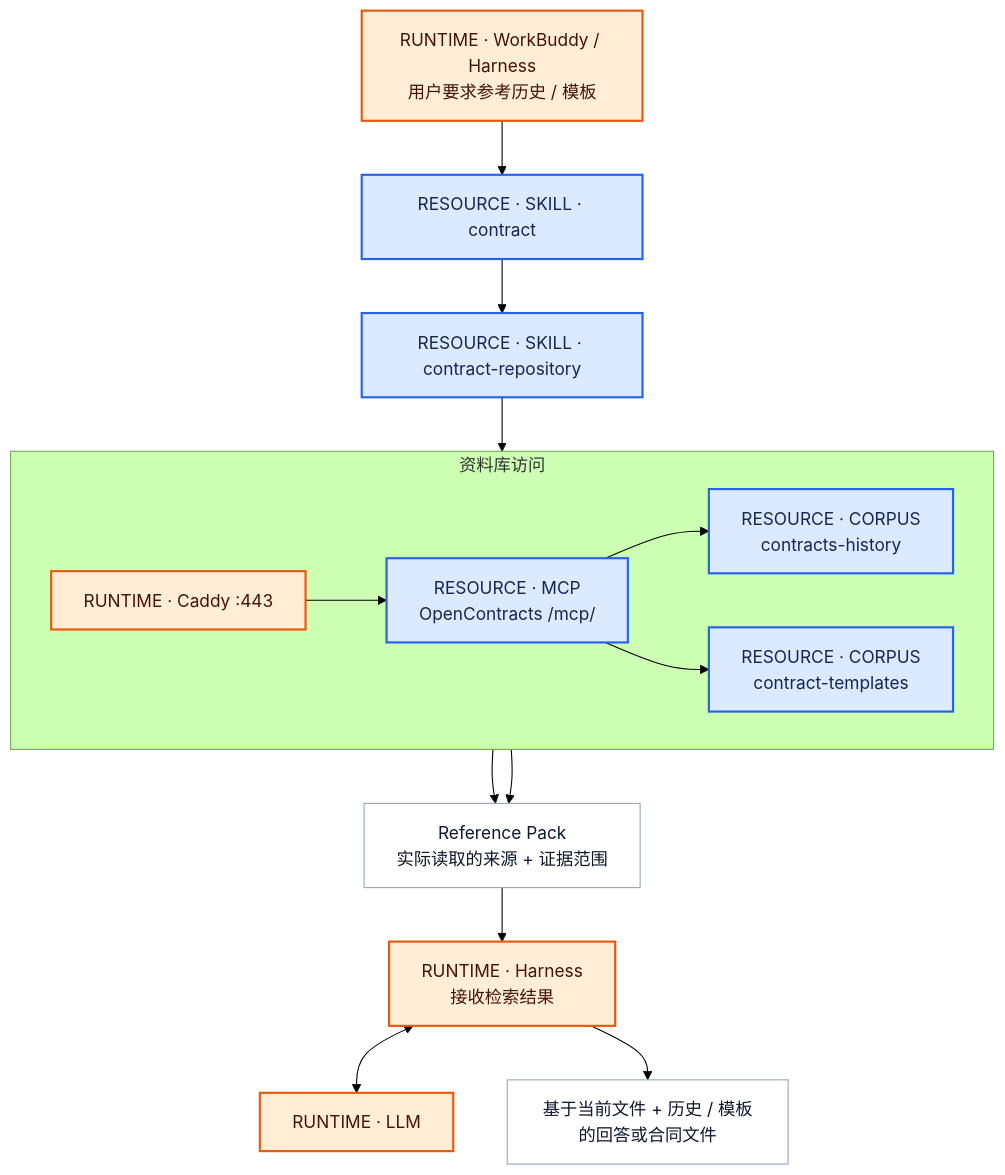
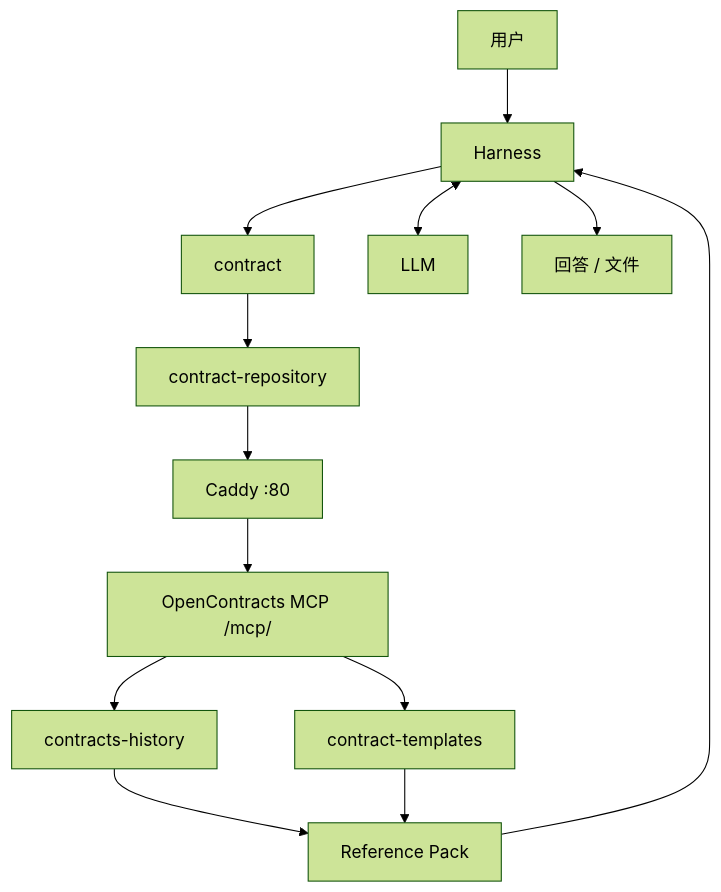
Before and after one commit to Ri0n72Y/ContractBotConfig: the second of 6 diagrams in docs/architecture/c4.md, drawn with Mermaid (forest theme). The commit also changed other lines of this file, not shown here.

````diff
--- a/docs/architecture/c4.md
+++ b/docs/architecture/c4.md
@@ -77,33 +30,15 @@
 ```mermaid
 flowchart TB
-    H0["RUNTIME · WorkBuddy / Harness<br/>用户要求参考历史 / 模板"]:::runtime
-    S1["RESOURCE · SKILL · contract"]:::resource
-    S2["RESOURCE · SKILL · contract-repository"]:::resource
-
-    subgraph ACCESS["资料库访问"]
-        direction LR
-        C["RUNTIME · Caddy :443"]:::runtime
-        M["RESOURCE · MCP<br/>OpenContracts /mcp/"]:::resource
-        CH["RESOURCE · CORPUS<br/>contracts-history"]:::resource
-        CT["RESOURCE · CORPUS<br/>contract-templates"]:::resource
-        C --> M
-        M --> CH
-        M --> CT
-    end
-
-    P["Reference Pack<br/>实际读取的来源 + 证据范围"]:::process
-    H1["RUNTIME · Harness<br/>接收检索结果"]:::runtime
-    LLM["RUNTIME · LLM"]:::runtime
-    OUT["基于当前文件 + 历史 / 模板的回答或合同文件"]:::process
-
-    H0 --> S1 --> S2 --> C
-    CH --> P
-    CT --> P
-    P --> H1
-    H1 <--> LLM
-    H1 --> OUT
-
-    classDef resource fill:#dbeafe,stroke:#2563eb,color:#172554,stroke-width:2px;
-    classDef runtime fill:#ffedd5,stroke:#ea580c,color:#431407,stroke-width:2px;
-    classDef process fill:#ffffff,stroke:#94a3b8,color:#0f172a,stroke-width:1px;
+    U[用户] --> H[Harness]
+    H --> S1[contract]
+    S1 --> S2[contract-repository]
+    S2 --> C[Caddy :80]
+    C --> M[OpenContracts MCP /mcp/]
+    M --> CH[contracts-history]
+    M --> CT[contract-templates]
+    CH --> R[Reference Pack]
+    CT --> R
+    R --> H
+    H <--> L[LLM]
+    H --> O[回答 / 文件]
 ```
````
